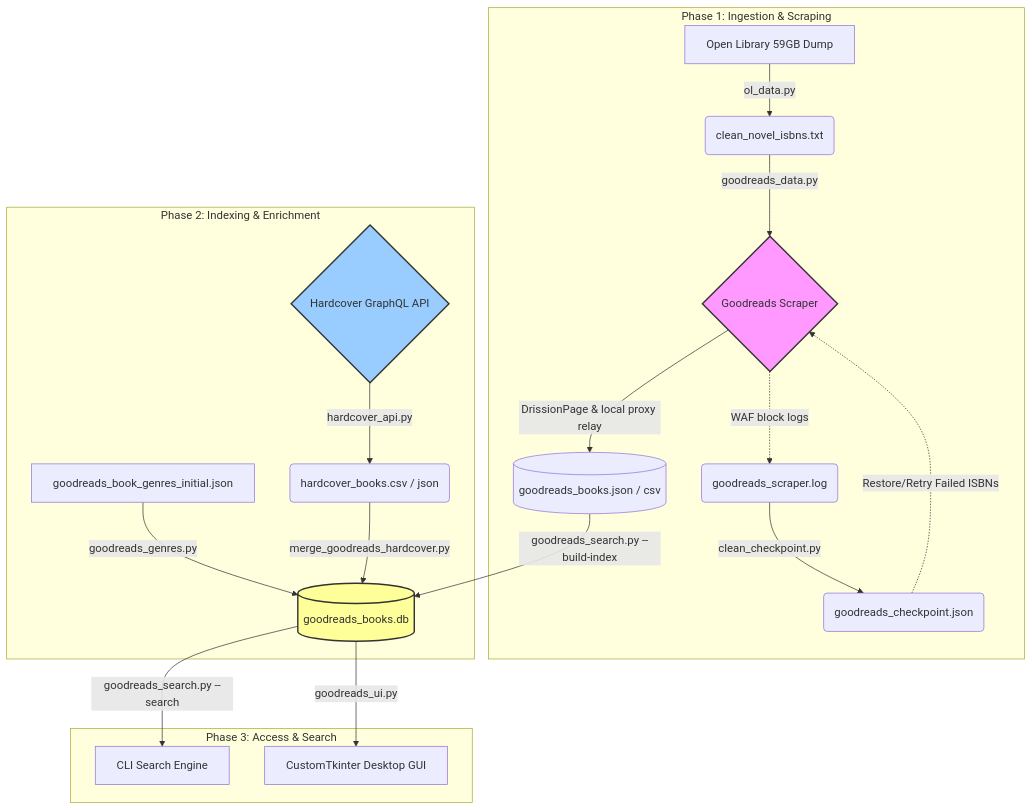
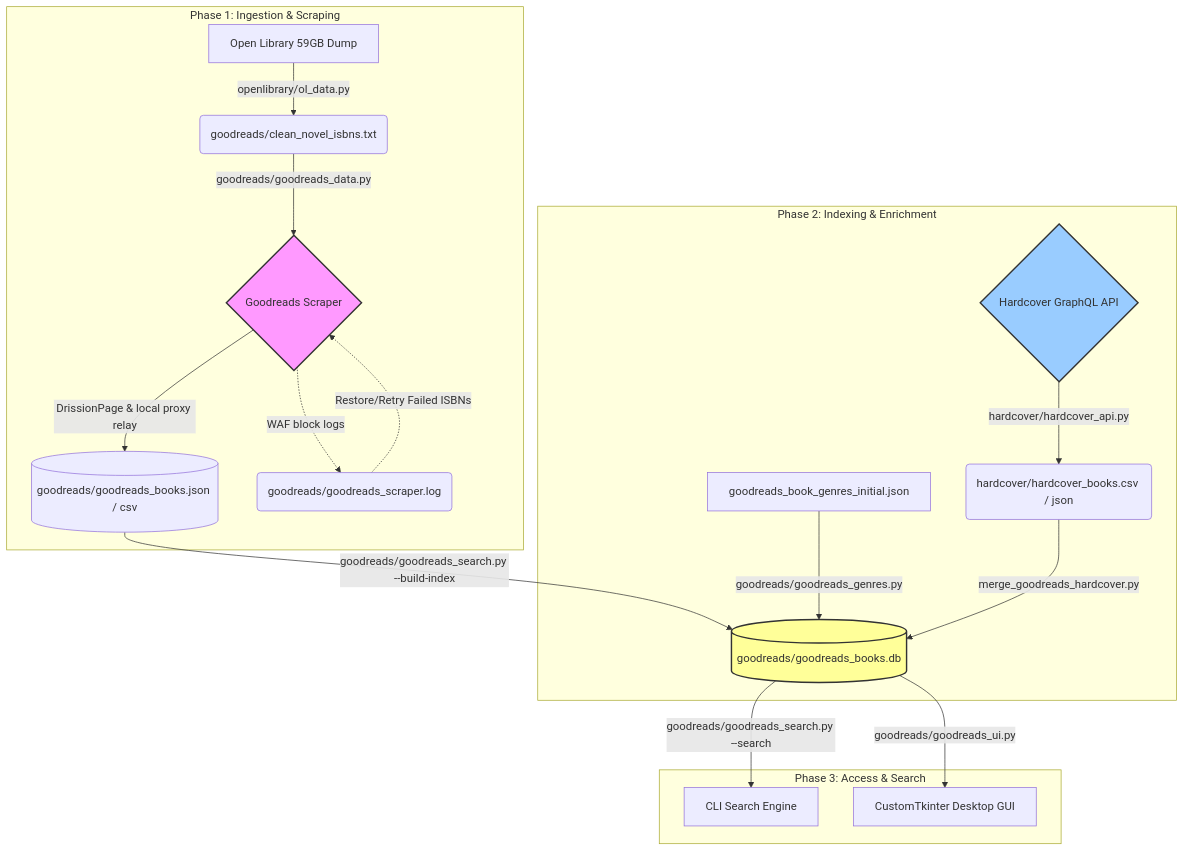
The diagram in README.md (minhduc1212/Novel_Data), drawn with Mermaid before and after one commit. The commit also changed other lines of this file and 22 other files, not shown here.

````diff
--- a/README.md
+++ b/README.md
@@ -11,32 +11,31 @@
 ```mermaid
 graph TD
     %% Phase 1: Ingestion & Goodreads Scraping
     subgraph Phase 1: Ingestion & Scraping
-        OL[Open Library 59GB Dump] -->|ol_data.py| OL_Clean(clean_novel_isbns.txt)
-        OL_Clean -->|goodreads_data.py| GR_Scraper{Goodreads Scraper}
-        GR_Scraper -->|DrissionPage & local proxy relay| GR_Raw[(goodreads_books.json / csv)]
-        GR_Scraper -.->|WAF block logs| LOG(goodreads_scraper.log)
-        LOG -->|clean_checkpoint.py| CKPT(goodreads_checkpoint.json)
-        CKPT -.->|Restore/Retry Failed ISBNs| GR_Scraper
+        OL[Open Library 59GB Dump] -->|openlibrary/ol_data.py| OL_Clean(goodreads/clean_novel_isbns.txt)
+        OL_Clean -->|goodreads/goodreads_data.py| GR_Scraper{Goodreads Scraper}
+        GR_Scraper -->|DrissionPage & local proxy relay| GR_Raw[(goodreads/goodreads_books.json / csv)]
+        GR_Scraper -.->|WAF block logs| LOG(goodreads/goodreads_scraper.log)
+        LOG -.->|Restore/Retry Failed ISBNs| GR_Scraper
     end
 
     %% Phase 2: Indexing & Enrichment
     subgraph Phase 2: Indexing & Enrichment
-        GR_Raw -->|goodreads_search.py --build-index| DB[(goodreads_books.db)]
-        GEN_INIT[goodreads_book_genres_initial.json] -->|goodreads_genres.py| DB
+        GR_Raw -->|goodreads/goodreads_search.py --build-index| DB[(goodreads/goodreads_books.db)]
+        GEN_INIT[goodreads_book_genres_initial.json] -->|goodreads/goodreads_genres.py| DB
         
         %% Hardcover Crawling & Integration
-        HC_API{Hardcover GraphQL API} -->|hardcover_api.py| HC_Raw(hardcover_books.csv / json)
+        HC_API{Hardcover GraphQL API} -->|hardcover/hardcover_api.py| HC_Raw(hardcover/hardcover_books.csv / json)
         HC_Raw -->|merge_goodreads_hardcover.py| DB
     end
 
     %% Phase 3: Access & Search
     subgraph Phase 3: Access & Search
-        DB -->|goodreads_search.py --search| CLI[CLI Search Engine]
-        DB -->|goodreads_ui.py| GUI[CustomTkinter Desktop GUI]
+        DB -->|goodreads/goodreads_search.py --search| CLI[CLI Search Engine]
+        DB -->|goodreads/goodreads_ui.py| GUI[CustomTkinter Desktop GUI]
     end
 
     style GR_Scraper fill:#f9f,stroke:#333,stroke-width:2px
     style HC_API fill:#9cf,stroke:#333,stroke-width:2px
     style DB fill:#ff9,stroke:#333,stroke-width:2px
 ```
````
